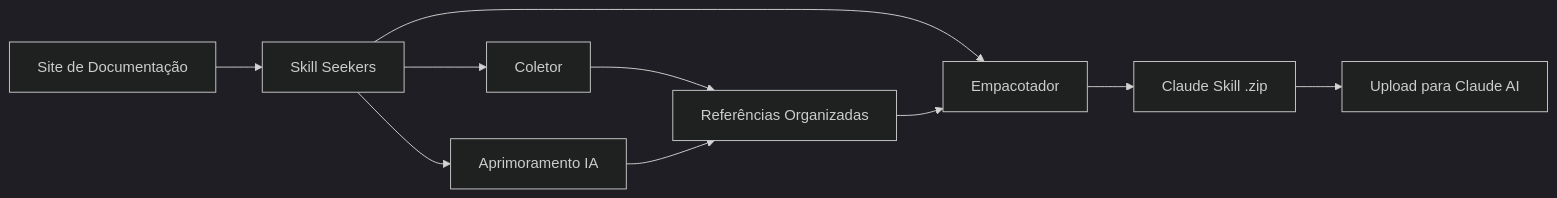
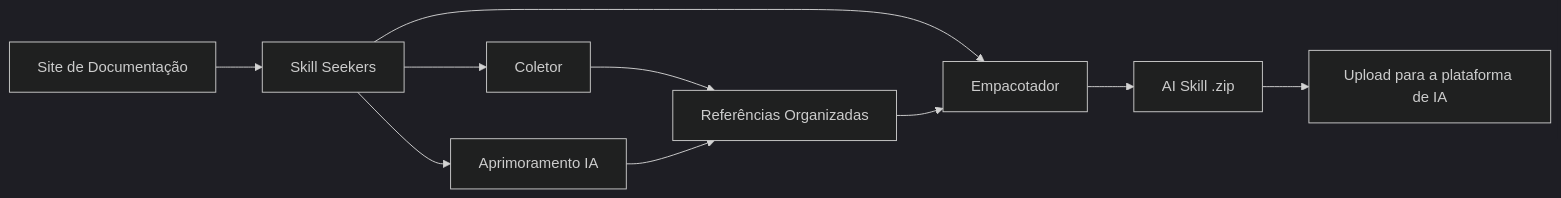
One commit to yusufkaraaslan/Skill_Seekers changed the diagram in README.pt-BR.md. Above: the diagram before and after it, drawn with Mermaid (dark theme). The commit also changed other lines of this file and 38 other files, not shown here.

````diff
--- a/README.pt-BR.md
+++ b/README.pt-BR.md
@@ -877,12 +974,12 @@
 ```mermaid
 graph LR
     A[Site de Documentação] --> B[Skill Seekers]
     B --> C[Coletor]
     B --> D[Aprimoramento IA]
     B --> E[Empacotador]
     C --> F[Referências Organizadas]
     D --> F
     F --> E
-    E --> G[Claude Skill .zip]
-    G --> H[Upload para Claude AI]
+    E --> G[AI Skill .zip]
+    G --> H[Upload para a plataforma de IA]
 ```
````
